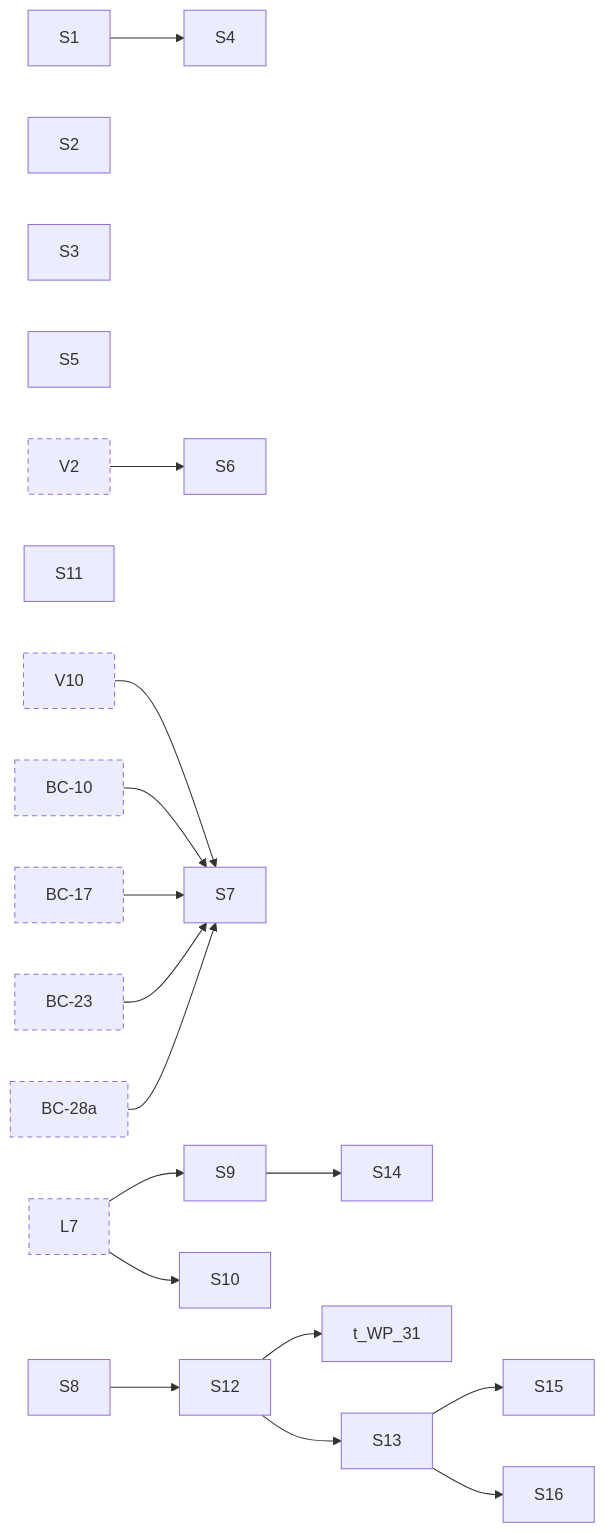
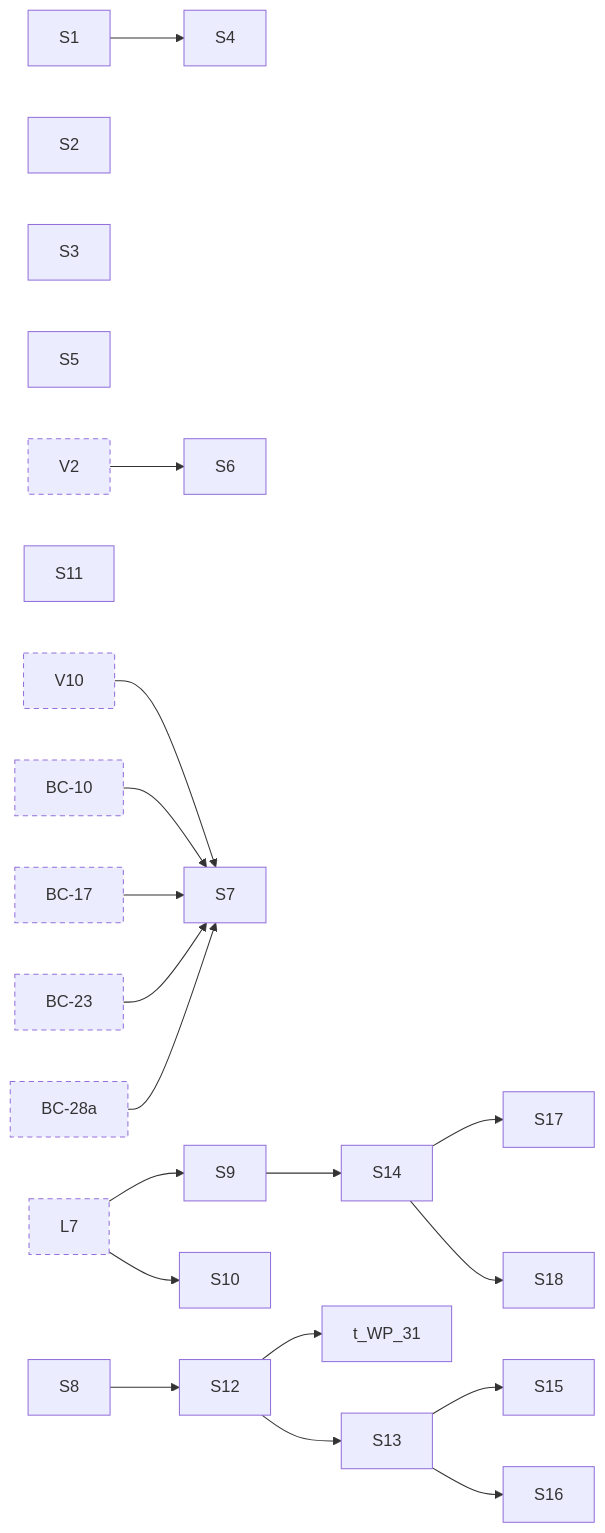
One commit to jhoblitt/rgw-go changed the second of 11 diagrams in docs/superpowers/plans/2026-10-13-phase-2/dependencies.md. Above: the diagram before and after it, drawn with Mermaid. The commit also changed other lines of this file and 1 other file, not shown here.

Commit message:
docs(plan): add S17 and S18, the request keys and date forms a deny reads
S14 leaves s3:signatureAge, s3:TlsVersion and s3:LocationConstraint absent
because rgw-go does not hold their values when it authorizes: the signing
time stays in auth, the request holds TLS as a bool, and CreateBucket reads
its configuration after the permission check. S17 carries each value to the
request and sets the key for a Deny alone, one PR per key. S18 has a Deny's
Date operator on a key the request holds as written take Amazon S3's reading
of a W3C time with a UTC offset, which rgw-go already applies to a key found
in another case.

````diff
--- a/docs/superpowers/plans/2026-10-13-phase-2/dependencies.md
+++ b/docs/superpowers/plans/2026-10-13-phase-2/dependencies.md
@@ -55,65 +55,71 @@
 ```mermaid
 flowchart LR
   t_S1["S1"]
   t_S2["S2"]
   t_S3["S3"]
   t_S4["S4"]
   t_S5["S5"]
   t_S6["S6"]
   t_S7["S7"]
   t_S8["S8"]
   t_S9["S9"]
   t_S10["S10"]
   t_S11["S11"]
   t_S12["S12"]
   t_S13["S13"]
   t_S14["S14"]
   t_S15["S15"]
   t_S16["S16"]
+  t_S17["S17"]
+  t_S18["S18"]
   t_V2["V2"]:::ext
   t_V10["V10"]:::ext
   t_BC_10["BC-10"]:::ext
   t_BC_17["BC-17"]:::ext
   t_BC_23["BC-23"]:::ext
   t_BC_28a["BC-28a"]:::ext
   t_L7["L7"]:::ext
   t_S1 --> t_S4
   t_V2 --> t_S6
   t_V10 --> t_S7
   t_BC_10 --> t_S7
   t_BC_17 --> t_S7
   t_BC_23 --> t_S7
   t_BC_28a --> t_S7
   t_L7 --> t_S9
   t_L7 --> t_S10
   t_S8 --> t_S12
   t_S12 --> t_WP_31
   t_S12 --> t_S13
   t_S9 --> t_S14
   t_S13 --> t_S15
   t_S13 --> t_S16
+  t_S14 --> t_S17
+  t_S14 --> t_S18
   click t_S1 href "https://github.com/jhoblitt/rgw-go/blob/main/docs/superpowers/plans/2026-10-13-phase-2/00-index.md#task-s1-fakeradoss-rgw-class-as-method-tables" "S1: fakerados's rgw class as method tables"
   click t_S2 href "https://github.com/jhoblitt/rgw-go/blob/main/docs/superpowers/plans/2026-10-13-phase-2/00-index.md#task-s2-route-sets-per-feature-and-the-env-slots" "S2: route sets per feature and the Env slots"
   click t_S3 href "https://github.com/jhoblitt/rgw-go/blob/main/docs/superpowers/plans/2026-10-13-phase-2/00-index.md#task-s3-one-aws-correct-ispublic" "S3: one AWS-correct IsPublic"
   click t_S4 href "https://github.com/jhoblitt/rgw-go/blob/main/docs/superpowers/plans/2026-10-13-phase-2/00-index.md#task-s4-fakerados-refuses-an-unregistered-class-method-at-op-setup" "S4: fakerados refuses an unregistered class method at op setup"
   click t_S5 href "https://github.com/jhoblitt/rgw-go/blob/main/docs/superpowers/plans/2026-10-13-phase-2/00-index.md#task-s5-ignorepublicacls-ignores-swifts-public-container-grants" "S5: IgnorePublicAcls ignores Swift's public container grants"
   click t_S6 href "https://github.com/jhoblitt/rgw-go/blob/main/docs/superpowers/plans/2026-10-13-phase-2/00-index.md#task-s6-one-choose_from" "S6: one choose_from"
   click t_S7 href "https://github.com/jhoblitt/rgw-go/blob/main/docs/superpowers/plans/2026-10-13-phase-2/00-index.md#task-s7-one-schema-scanner-for-s3-xml-request-bodies" "S7: one schema scanner for S3 XML request bodies"
   click t_S8 href "https://github.com/jhoblitt/rgw-go/blob/main/docs/superpowers/plans/2026-10-13-phase-2/00-index.md#task-s8-a-deny-that-names-notaction-refuses-every-action-it-does-not-name" "S8: a Deny that names NotAction refuses every action it does not name"
   click t_S9 href "https://github.com/jhoblitt/rgw-go/blob/main/docs/superpowers/plans/2026-10-13-phase-2/00-index.md#task-s9-a-denys-condition-holds-where-amazon-s3s-or-radosgws-evaluation-holds" "S9: a Deny's condition holds where Amazon S3's or radosgw's evaluation holds"
   click t_S10 href "https://github.com/jhoblitt/rgw-go/blob/main/docs/superpowers/plans/2026-10-13-phase-2/00-index.md#task-s10-a-denys-condition-key-names-match-without-regard-to-case" "S10: a Deny's condition key names match without regard to case"
   click t_S11 href "https://github.com/jhoblitt/rgw-go/blob/main/docs/superpowers/plans/2026-10-13-phase-2/00-index.md#task-s11-a-bound-on-an-xml-request-bodys-elements-and-depth" "S11: a bound on an XML request body's elements and depth"
   click t_S12 href "https://github.com/jhoblitt/rgw-go/blob/main/docs/superpowers/plans/2026-10-13-phase-2/00-index.md#task-s12-the-object-writes-authorize-the-acl-and-tags-they-set-as-amazon-s3-does" "S12: the object writes authorize the ACL and tags they set as Amazon S3 does"
   click t_S13 href "https://github.com/jhoblitt/rgw-go/blob/main/docs/superpowers/plans/2026-10-13-phase-2/00-index.md#task-s13-copyobject-and-createmultipartupload-evaluate-s3putobject-with-the-acl-and-tag-condition-keys" "S13: CopyObject and CreateMultipartUpload evaluate s3:PutObject with the ACL and tag condition keys"
   click t_S14 href "https://github.com/jhoblitt/rgw-go/blob/main/docs/superpowers/plans/2026-10-13-phase-2/00-index.md#task-s14-a-deny-reads-the-request-context-amazon-s3-builds" "S14: a Deny reads the request context Amazon S3 builds"
   click t_S15 href "https://github.com/jhoblitt/rgw-go/blob/main/docs/superpowers/plans/2026-10-13-phase-2/00-index.md#task-s15-completemultipartupload-under-a-deny-on-s3x-amz-acl" "S15: CompleteMultipartUpload under a Deny on `s3:x-amz-acl`"
   click t_S16 href "https://github.com/jhoblitt/rgw-go/blob/main/docs/superpowers/plans/2026-10-13-phase-2/00-index.md#task-s16-a-denys-typed-operator-over-a-repeated-tag-key" "S16: a Deny's typed operator over a repeated tag key"
+  click t_S17 href "https://github.com/jhoblitt/rgw-go/blob/main/docs/superpowers/plans/2026-10-13-phase-2/00-index.md#task-s17-a-deny-reads-s3signatureage-s3tlsversion-and-s3locationconstraint" "S17: a Deny reads s3:signatureAge, s3:TlsVersion and s3:LocationConstraint"
+  click t_S18 href "https://github.com/jhoblitt/rgw-go/blob/main/docs/superpowers/plans/2026-10-13-phase-2/00-index.md#task-s18-a-date-deny-reads-every-w3c-time-form" "S18: a Date Deny reads every W3C time form"
   click t_V2 href "https://github.com/jhoblitt/rgw-go/blob/main/docs/superpowers/plans/2026-10-13-phase-2/V-versioning.md#task-v2-meta-olh-head-types-and-bucket-helpers" "V2: meta OLH head types and bucket helpers"
   click t_V10 href "https://github.com/jhoblitt/rgw-go/blob/main/docs/superpowers/plans/2026-10-13-phase-2/V-versioning.md#task-v10-op-and-s3-putbucketversioning-and-getbucketversioning" "V10: op and s3, PutBucketVersioning and GetBucketVersioning"
   click t_BC_10 href "https://github.com/jhoblitt/rgw-go/blob/main/docs/superpowers/plans/2026-10-13-phase-2/B-bucket-config.md#task-bc-10-website-semantics-and-xml" "BC-10: Website semantics and XML"
   click t_BC_17 href "https://github.com/jhoblitt/rgw-go/blob/main/docs/superpowers/plans/2026-10-13-phase-2/B-bucket-config.md#task-bc-17-block-xml" "BC-17: Block XML"
   click t_BC_23 href "https://github.com/jhoblitt/rgw-go/blob/main/docs/superpowers/plans/2026-10-13-phase-2/B-bucket-config.md#task-bc-23-encryption-configuration-type" "BC-23: Encryption configuration type"
   click t_BC_28a href "https://github.com/jhoblitt/rgw-go/blob/main/docs/superpowers/plans/2026-10-13-phase-2/B-bucket-config.md#task-bc-28a-ownership-type" "BC-28a: Ownership type"
   click t_L7 href "https://github.com/jhoblitt/rgw-go/blob/main/docs/superpowers/plans/2026-10-13-phase-2/L-object-lock.md#task-l7-a-policys-object-lock-condition-keys-constrain-the-lock-a-request-sets" "L7: a policy's object-lock condition keys constrain the lock a request sets"
   classDef ext stroke-dasharray: 5 4
 ```
````
